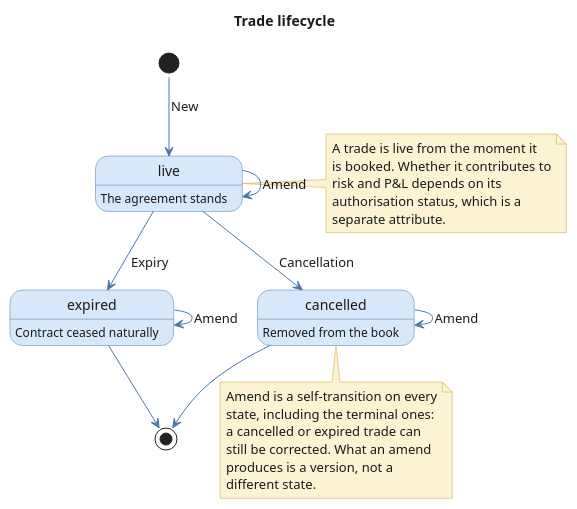
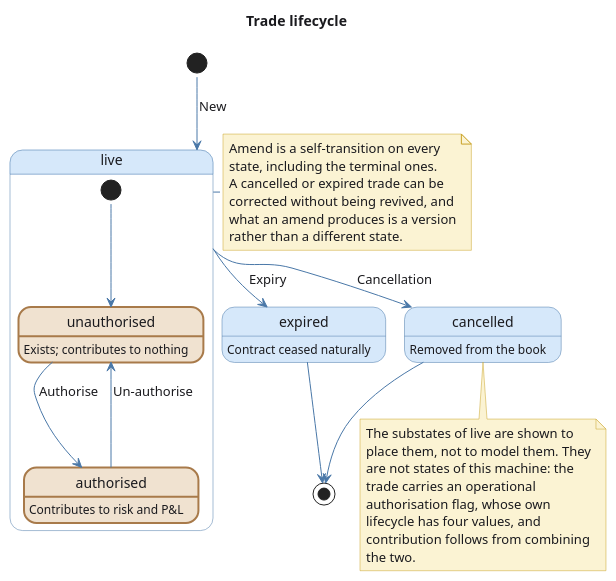
Before and after one commit to OreStudio/OreStudio: the diagram in doc/knowledge/domain/trade_status_lifecycle.puml, drawn with PlantUML. The commit also changed 2 other files, not shown here.

Commit message:
[doc] Show live as a composite state with an authorisation substate
The trade lifecycle diagram draws live as a composite containing
unauthorised and authorised, with Authorise and Un-authorise between
them, so a reader can see where contribution comes from without
holding two diagrams in mind.

Two notes state what the drawing does not claim. The substates are
shown to place the distinction, not to model it: an operational
authorisation decision is metadata, so it is held as a flag on the
trade rather than as a state in this machine, and the flag carries
four values whose transitions belong to the operational authorisation
queue.

Drawing it inside live is deliberate. The flag is meaningful only
while a trade is live: a cancelled trade's authorisation history stays
on the record, but there is nothing left for it to release.

```diff
--- a/doc/knowledge/domain/trade_status_lifecycle.puml
+++ b/doc/knowledge/domain/trade_status_lifecycle.puml
@@ -18,60 +18,68 @@
 @startuml
 !pragma layout smetana
 
 title Trade lifecycle
 
 skinparam state {
     BackgroundColor #D6E8FA
     BorderColor #4A78A8
     FontColor #1A1A1E
     AttributeFontColor #3A3A3E
     ArrowColor #4A78A8
     ArrowFontColor #1A1A1E
     StartColor #4A78A8
     EndColor #4A78A8
 }
 skinparam note {
     BackgroundColor #FBF3D3
     BorderColor #C9A227
     FontColor #1A1A1E
 }
 skinparam BackgroundColor white
 skinparam DefaultFontColor #1A1A1E
 
-state "live" as Live
+state "live" as Live {
+  state "unauthorised" as Unauthorised #F0E2D0 ##[bold]A87A4A
+  state "authorised" as Authorised #F0E2D0 ##[bold]A87A4A
+
+  Unauthorised : Exists; contributes to nothing
+  Authorised : Contributes to risk and P&L
+
+  [*] --> Unauthorised
+  Unauthorised --> Authorised : Authorise
+  Authorised --> Unauthorised : Un-authorise
+}
+
 state "expired" as Expired
 state "cancelled" as Cancelled
 
-Live : The agreement stands
 Expired : Contract ceased naturally
 Cancelled : Removed from the book
 
 [*] --> Live : New
 Live --> Expired : Expiry
 Live --> Cancelled : Cancellation
-
-Live --> Live : Amend
-Expired --> Expired : Amend
-Cancelled --> Cancelled : Amend
-
 Expired --> [*]
 Cancelled --> [*]
 
 note right of Live
-  A trade is live from the moment it
-  is booked. Whether it contributes to
-  risk and P&L depends on its
-  authorisation status, which is a
-  separate attribute.
+  Amend is a self-transition on every
+  state, including the terminal ones.
+  A cancelled or expired trade can be
+  corrected without being revived, and
+  what an amend produces is a version
+  rather than a different state.
 end note
 
 note bottom of Cancelled
-  Amend is a self-transition on every
-  state, including the terminal ones:
-  a cancelled or expired trade can
-  still be corrected. What an amend
-  produces is a version, not a
-  different state.
+  The substates of live are shown to
+  place them, not to model them. They
+  are not states of this machine: the
+  trade carries an operational
+  authorisation flag, whose own
+  lifecycle has four values, and
+  contribution follows from combining
+  the two.
 end note
 
 @enduml
```
